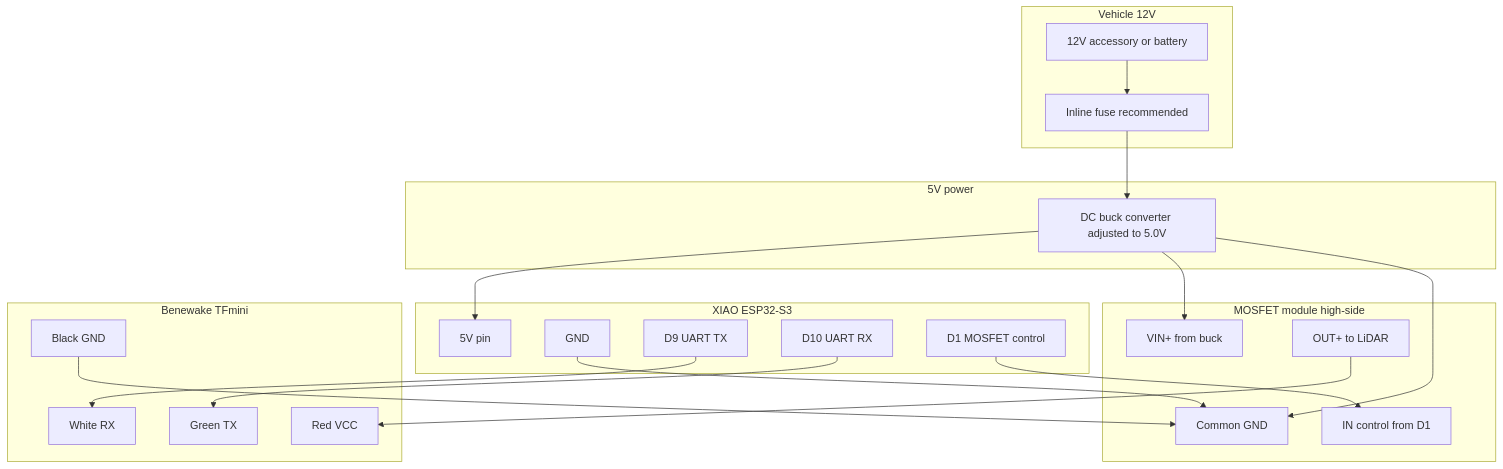
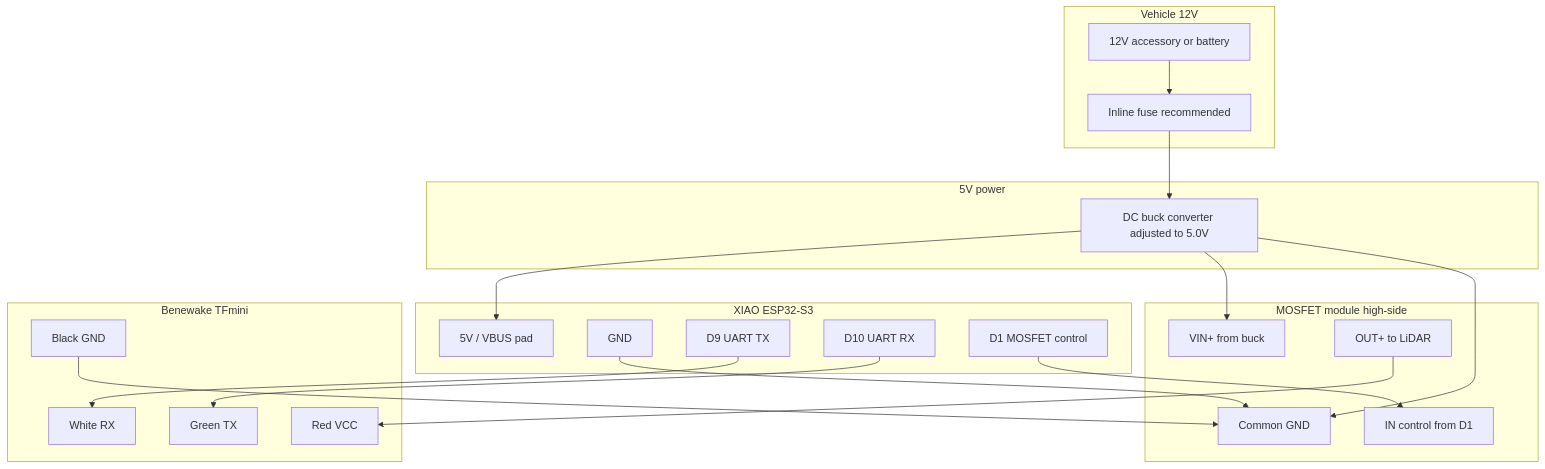
Before and after one commit to cjevolutions/GooseEye: the diagram in docs/wiring-diagram.md, drawn with Mermaid. The commit also changed other lines of this file and 2 other files, not shown here.

First line of the commit message:
Clarify XIAO power pad: 5V/VBUS silkscreen, not 3V3.

````diff
--- a/docs/wiring-diagram.md
+++ b/docs/wiring-diagram.md
@@ -5,44 +5,44 @@
 ```mermaid
 flowchart TB
   subgraph vehicle [Vehicle 12V]
     BAT[12V accessory or battery]
     FUSE[Inline fuse recommended]
   end
 
   subgraph power [5V power]
     BUCK[DC buck converter adjusted to 5.0V]
   end
 
   subgraph esp [XIAO ESP32-S3]
-    X5V[5V pin]
+    X5V["5V / VBUS pad"]
     XGND[GND]
     D9[D9 UART TX]
     D10[D10 UART RX]
     D1[D1 MOSFET control]
   end
 
   subgraph switch [MOSFET module high-side]
     VIN[VIN+ from buck]
     OUT[OUT+ to LiDAR]
     IN[IN control from D1]
     SGND[Common GND]
   end
 
   subgraph lidar [Benewake TFmini]
     RED[Red VCC]
     BLK[Black GND]
     WHT[White RX]
     GRN[Green TX]
   end
 
   BAT --> FUSE --> BUCK
   BUCK --> X5V
   BUCK --> VIN
   BUCK --> SGND
   XGND --> SGND
   OUT --> RED
   BLK --> SGND
   D9 --> WHT
   D10 --> GRN
   D1 --> IN
 ```
````
